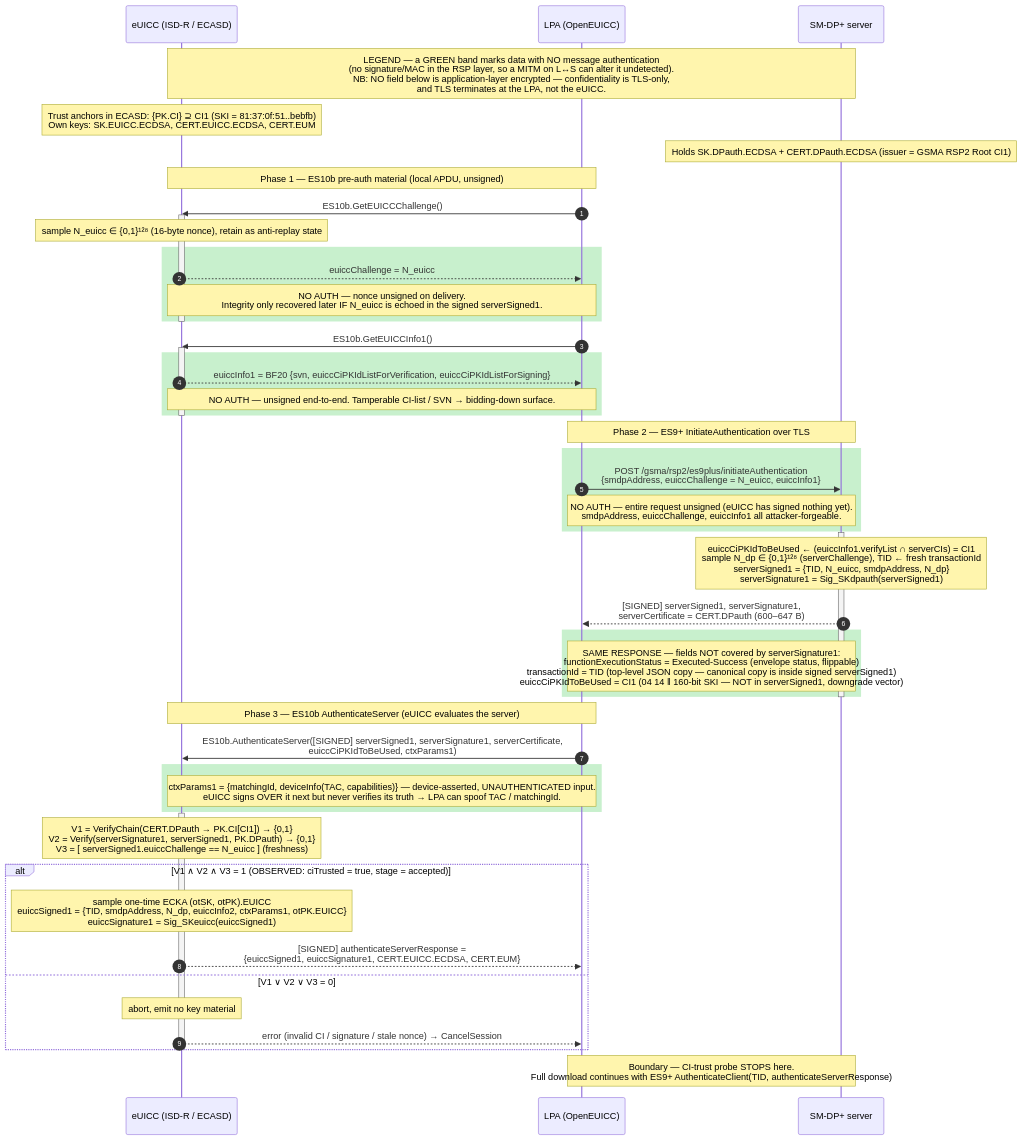
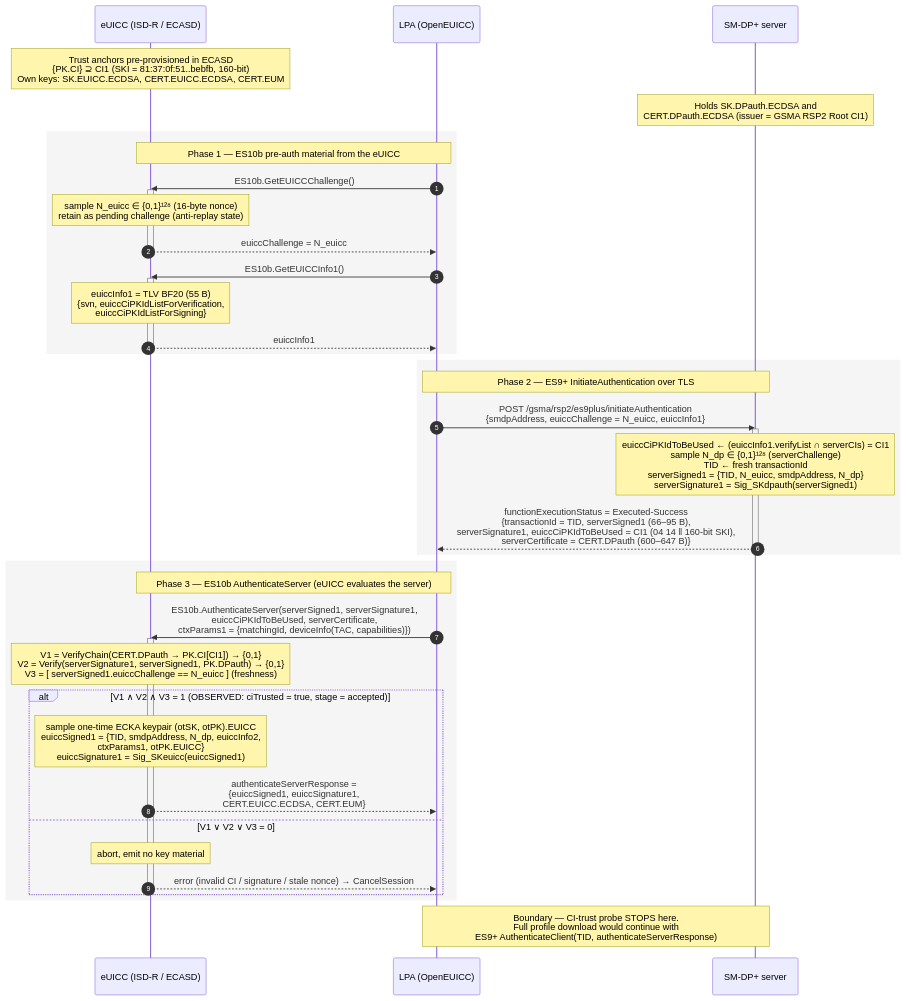
The diagram in testbed/ping-live-servers/analysis/es9plus-authenticate-sequence.mmd (alirafiqmalik/esim-research-lab), drawn with Mermaid before and after one commit. The commit also changed 1 other file, not shown here.

Commit message:
fix(testbed): revert es9+ auth sequence diagram to pre-green version

```diff
--- a/testbed/ping-live-servers/analysis/es9plus-authenticate-sequence.mmd
+++ b/testbed/ping-live-servers/analysis/es9plus-authenticate-sequence.mmd
@@ -1,58 +1,48 @@
 sequenceDiagram
     autonumber
     participant E as eUICC (ISD-R / ECASD)
     participant L as LPA (OpenEUICC)
     participant S as SM-DP+ server
 
-    Note over E,S: LEGEND — a GREEN band marks data with NO message authentication<br/>(no signature/MAC in the RSP layer, so a MITM on L↔S can alter it undetected).<br/>NB: NO field below is application-layer encrypted — confidentiality is TLS-only,<br/>and TLS terminates at the LPA, not the eUICC.
+    Note over E: Trust anchors pre-provisioned in ECASD<br/>{PK.CI} ⊇ CI1  (SKI = 81:37:0f:51..bebfb, 160-bit)<br/>Own keys: SK.EUICC.ECDSA, CERT.EUICC.ECDSA, CERT.EUM
+    Note over S: Holds SK.DPauth.ECDSA and<br/>CERT.DPauth.ECDSA  (issuer = GSMA RSP2 Root CI1)
 
-    Note over E: Trust anchors in ECASD: {PK.CI} ⊇ CI1 (SKI = 81:37:0f:51..bebfb)<br/>Own keys: SK.EUICC.ECDSA, CERT.EUICC.ECDSA, CERT.EUM
-    Note over S: Holds SK.DPauth.ECDSA + CERT.DPauth.ECDSA (issuer = GSMA RSP2 Root CI1)
-
-    Note over E,L: Phase 1 — ES10b pre-auth material (local APDU, unsigned)
+    rect rgba(128,128,128,0.08)
+    Note over E,L: Phase 1 — ES10b pre-auth material from the eUICC
     L->>E: ES10b.GetEUICCChallenge()
     activate E
-    Note over E: sample N_euicc ∈ {0,1}¹²⁸ (16-byte nonce), retain as anti-replay state
-    rect rgb(200,240,205)
+    Note over E: sample N_euicc ∈ {0,1}¹²⁸  (16-byte nonce)<br/>retain as pending challenge (anti-replay state)
     E-->>L: euiccChallenge = N_euicc
-    Note over E,L: NO AUTH — nonce unsigned on delivery.<br/>Integrity only recovered later IF N_euicc is echoed in the signed serverSigned1.
-    end
     deactivate E
     L->>E: ES10b.GetEUICCInfo1()
     activate E
-    rect rgb(200,240,205)
-    E-->>L: euiccInfo1 = BF20 {svn, euiccCiPKIdListForVerification, euiccCiPKIdListForSigning}
-    Note over E,L: NO AUTH — unsigned end-to-end. Tamperable CI-list / SVN → bidding-down surface.
+    Note over E: euiccInfo1 = TLV BF20 (55 B)<br/>{svn, euiccCiPKIdListForVerification,<br/>euiccCiPKIdListForSigning}
+    E-->>L: euiccInfo1
+    deactivate E
     end
-    deactivate E
 
+    rect rgba(128,128,128,0.08)
     Note over L,S: Phase 2 — ES9+ InitiateAuthentication over TLS
-    rect rgb(200,240,205)
     L->>S: POST /gsma/rsp2/es9plus/initiateAuthentication<br/>{smdpAddress, euiccChallenge = N_euicc, euiccInfo1}
-    Note over L,S: NO AUTH — entire request unsigned (eUICC has signed nothing yet).<br/>smdpAddress, euiccChallenge, euiccInfo1 all attacker-forgeable.
+    activate S
+    Note over S: euiccCiPKIdToBeUsed ← (euiccInfo1.verifyList ∩ serverCIs) = CI1<br/>sample N_dp ∈ {0,1}¹²⁸  (serverChallenge)<br/>TID ← fresh transactionId<br/>serverSigned1 = {TID, N_euicc, smdpAddress, N_dp}<br/>serverSignature1 = Sig_SKdpauth(serverSigned1)
+    S-->>L: functionExecutionStatus = Executed-Success<br/>{transactionId = TID, serverSigned1 (66–95 B),<br/>serverSignature1, euiccCiPKIdToBeUsed = CI1 (04 14 ‖ 160-bit SKI),<br/>serverCertificate = CERT.DPauth (600–647 B)}
+    deactivate S
     end
-    activate S
-    Note over S: euiccCiPKIdToBeUsed ← (euiccInfo1.verifyList ∩ serverCIs) = CI1<br/>sample N_dp ∈ {0,1}¹²⁸ (serverChallenge), TID ← fresh transactionId<br/>serverSigned1 = {TID, N_euicc, smdpAddress, N_dp}<br/>serverSignature1 = Sig_SKdpauth(serverSigned1)
-    S-->>L: [SIGNED] serverSigned1, serverSignature1,<br/>serverCertificate = CERT.DPauth (600–647 B)
-    rect rgb(200,240,205)
-    Note over L,S: SAME RESPONSE — fields NOT covered by serverSignature1:<br/>functionExecutionStatus = Executed-Success (envelope status, flippable)<br/>transactionId = TID (top-level JSON copy — canonical copy is inside signed serverSigned1)<br/>euiccCiPKIdToBeUsed = CI1 (04 14 ‖ 160-bit SKI — NOT in serverSigned1, downgrade vector)
-    end
-    deactivate S
 
+    rect rgba(128,128,128,0.08)
     Note over E,L: Phase 3 — ES10b AuthenticateServer (eUICC evaluates the server)
-    L->>E: ES10b.AuthenticateServer([SIGNED] serverSigned1, serverSignature1, serverCertificate,<br/>euiccCiPKIdToBeUsed, ctxParams1)
-    rect rgb(200,240,205)
-    Note over E,L: ctxParams1 = {matchingId, deviceInfo(TAC, capabilities)} — device-asserted, UNAUTHENTICATED input.<br/>eUICC signs OVER it next but never verifies its truth → LPA can spoof TAC / matchingId.
-    end
+    L->>E: ES10b.AuthenticateServer(serverSigned1, serverSignature1,<br/>euiccCiPKIdToBeUsed, serverCertificate,<br/>ctxParams1 = {matchingId, deviceInfo(TAC, capabilities)})
     activate E
-    Note over E: V1 = VerifyChain(CERT.DPauth → PK.CI[CI1]) → {0,1}<br/>V2 = Verify(serverSignature1, serverSigned1, PK.DPauth) → {0,1}<br/>V3 = [ serverSigned1.euiccChallenge == N_euicc ] (freshness)
-    alt V1 ∧ V2 ∧ V3 = 1 (OBSERVED: ciTrusted = true, stage = accepted)
-        Note over E: sample one-time ECKA (otSK, otPK).EUICC<br/>euiccSigned1 = {TID, smdpAddress, N_dp, euiccInfo2, ctxParams1, otPK.EUICC}<br/>euiccSignature1 = Sig_SKeuicc(euiccSigned1)
-        E-->>L: [SIGNED] authenticateServerResponse =<br/>{euiccSigned1, euiccSignature1, CERT.EUICC.ECDSA, CERT.EUM}
+    Note over E: V1 = VerifyChain(CERT.DPauth → PK.CI[CI1]) → {0,1}<br/>V2 = Verify(serverSignature1, serverSigned1, PK.DPauth) → {0,1}<br/>V3 = [ serverSigned1.euiccChallenge == N_euicc ]  (freshness)
+    alt V1 ∧ V2 ∧ V3 = 1   (OBSERVED: ciTrusted = true, stage = accepted)
+        Note over E: sample one-time ECKA keypair (otSK, otPK).EUICC<br/>euiccSigned1 = {TID, smdpAddress, N_dp, euiccInfo2,<br/>ctxParams1, otPK.EUICC}<br/>euiccSignature1 = Sig_SKeuicc(euiccSigned1)
+        E-->>L: authenticateServerResponse =<br/>{euiccSigned1, euiccSignature1,<br/>CERT.EUICC.ECDSA, CERT.EUM}
     else V1 ∨ V2 ∨ V3 = 0
         Note over E: abort, emit no key material
         E-->>L: error (invalid CI / signature / stale nonce) → CancelSession
     end
     deactivate E
+    end
 
-    Note over L,S: Boundary — CI-trust probe STOPS here.<br/>Full download continues with ES9+ AuthenticateClient(TID, authenticateServerResponse)
+    Note over L,S: Boundary — CI-trust probe STOPS here.<br/>Full profile download would continue with<br/>ES9+ AuthenticateClient(TID, authenticateServerResponse)
```
